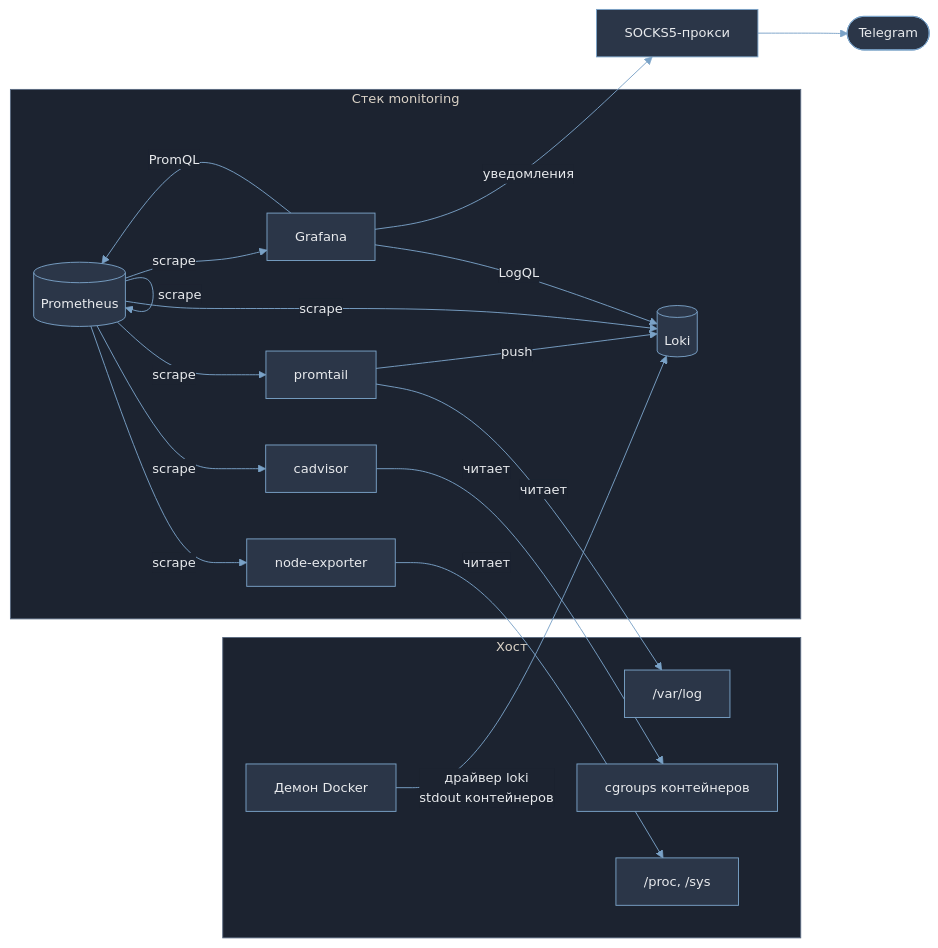
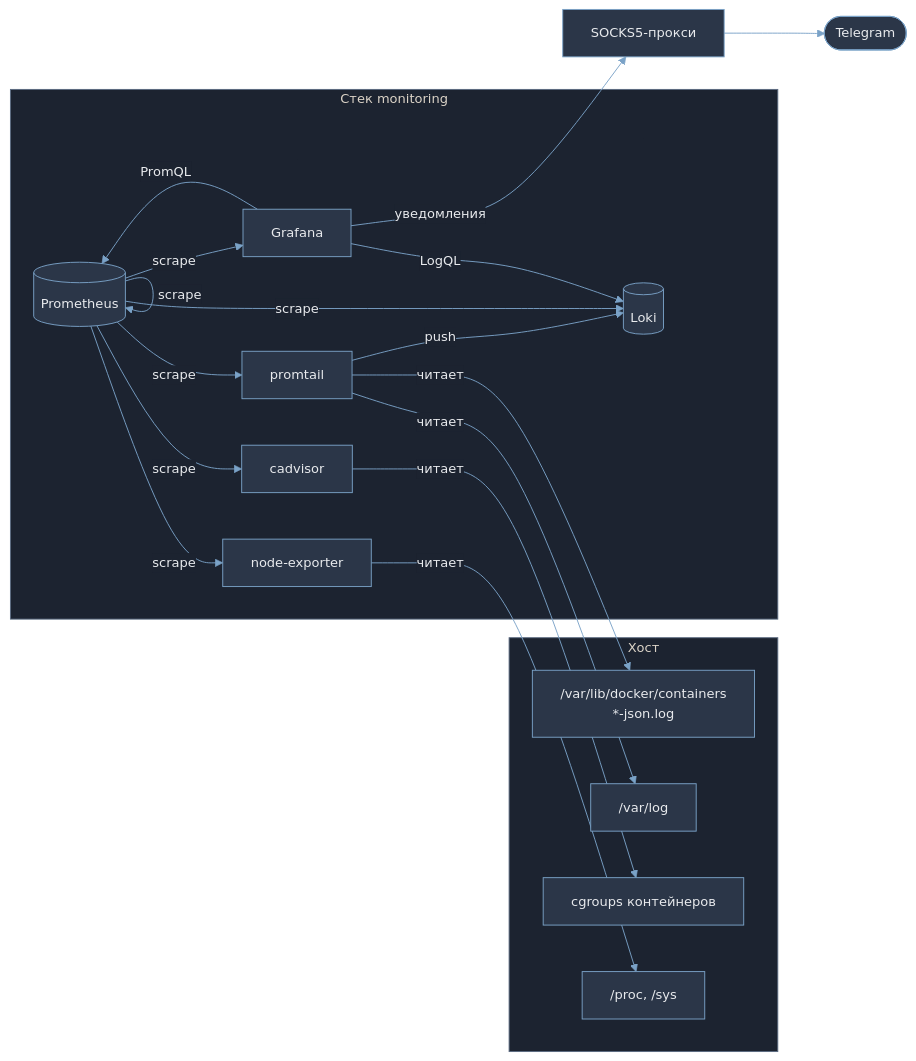
The first of 4 diagrams in README.md (osltbs/docker-monitoring-stack), drawn with Mermaid before and after one commit. The commit also changed other lines of this file and 4 other files, not shown here.

````diff
--- a/README.md
+++ b/README.md
@@ -55,41 +56,41 @@
 ```mermaid
 %%{init: {'theme':'base','themeVariables':{'lineColor':'#7aa2c7','primaryColor':'#2b3648','primaryTextColor':'#e8eaed','primaryBorderColor':'#7aa2c7','secondaryColor':'#3a4658','tertiaryColor':'#242c38','edgeLabelBackground':'#1c2330','clusterBkg':'#1c2330','clusterBorder':'#5a6a80','fontSize':'14px'}}}%%
 flowchart LR
     subgraph HOST["Хост"]
         PROC["/proc, /sys"]
         CG["cgroups контейнеров"]
         VARLOG["/var/log"]
-        DOCKERD["Демон Docker"]
+        DOCKERLOGS["/var/lib/docker/containers<br/>*-json.log"]
     end
 
     subgraph STACK["Стек monitoring"]
         NE["node-exporter"]
         CAD["cadvisor"]
         PT["promtail"]
         LOKI[("Loki")]
         PROM[("Prometheus")]
         GRAF["Grafana"]
     end
 
     PROXY["SOCKS5-прокси"]
     TG(["Telegram"])
 
     NE -->|читает| PROC
     CAD -->|читает| CG
     PT -->|читает| VARLOG
+    PT -->|читает| DOCKERLOGS
 
     PT -->|push| LOKI
-    DOCKERD -->|драйвер loki<br/>stdout контейнеров| LOKI
 
     PROM -->|scrape| NE
     PROM -->|scrape| CAD
     PROM -->|scrape| PT
     PROM -->|scrape| LOKI
     PROM -->|scrape| GRAF
     PROM -->|scrape| PROM
 
     GRAF -->|PromQL| PROM
     GRAF -->|LogQL| LOKI
     GRAF -->|уведомления| PROXY
     PROXY --> TG
 ```
````
